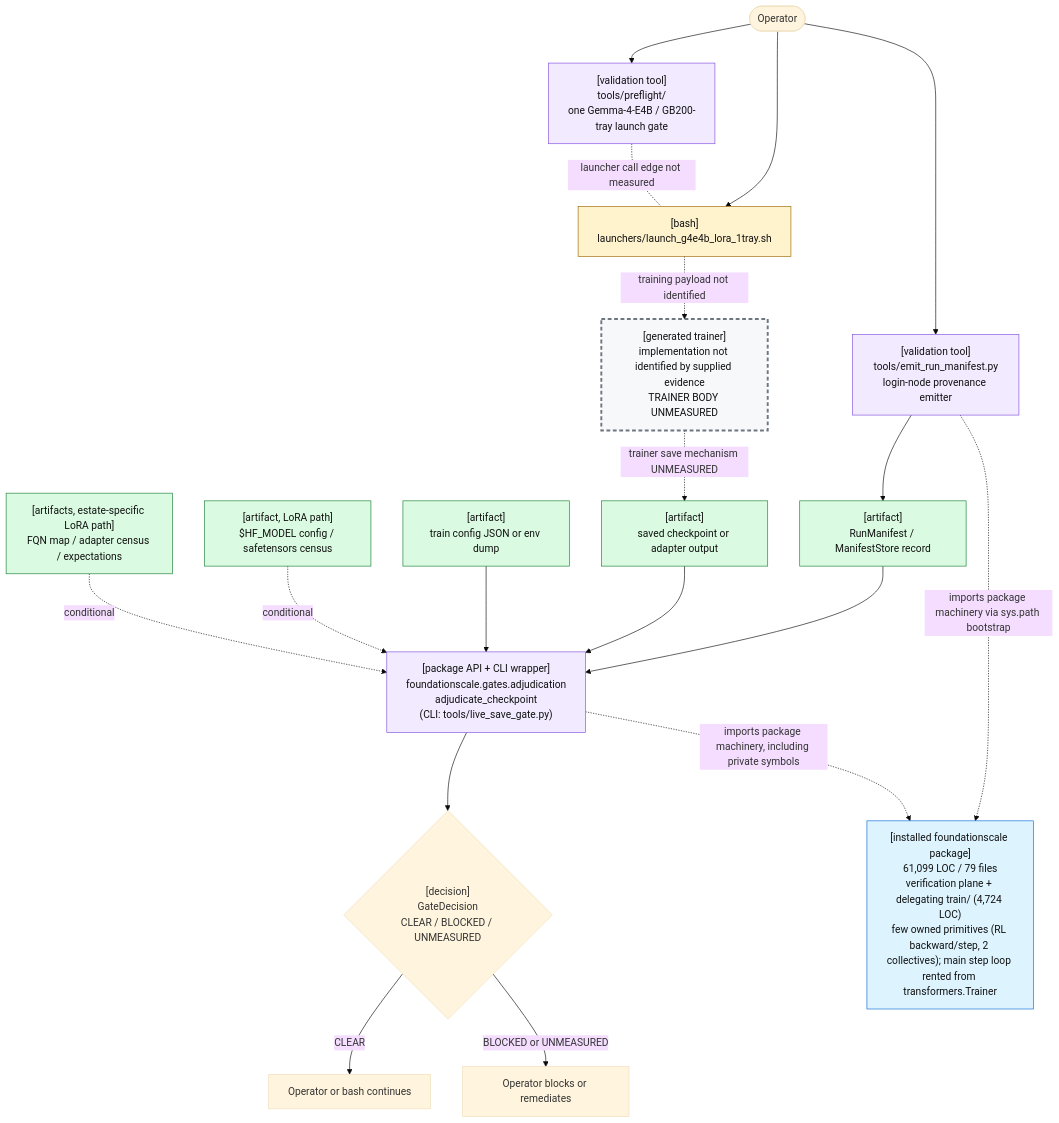
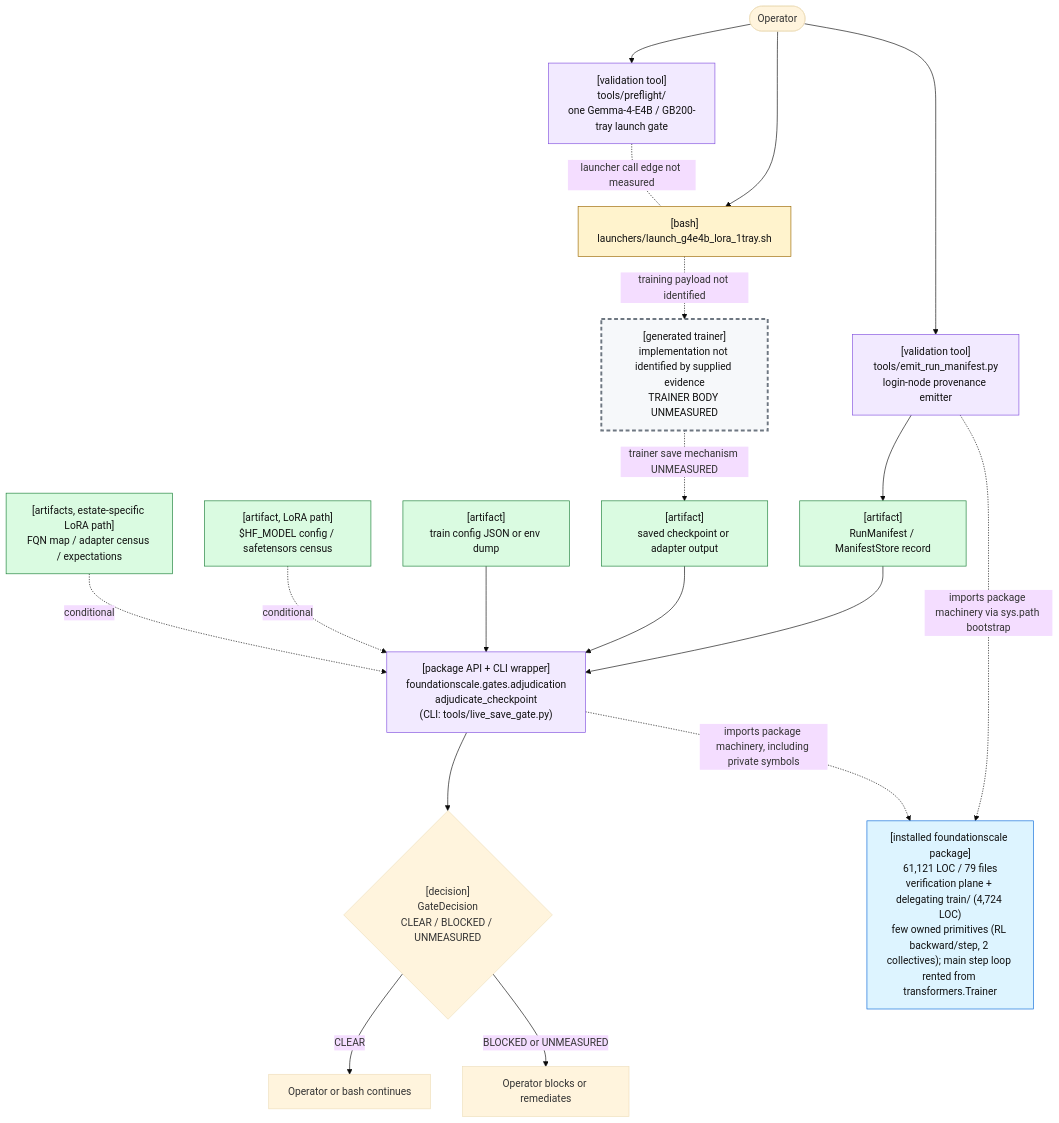
The first of 2 diagrams in docs/review/D2_current_architecture.md (TranNhiem/FoundationScale), drawn with Mermaid (base theme) before and after one commit. The commit also changed other lines of this file and 3 other files, not shown here.

````diff
--- a/docs/review/D2_current_architecture.md
+++ b/docs/review/D2_current_architecture.md
@@ -25,59 +25,59 @@
 ```mermaid
 flowchart TB
   O(["Operator"])
 
   PF["[validation tool]<br/>tools/preflight/<br/>one Gemma-4-E4B / GB200-tray launch gate"]
   L["[bash]<br/>launchers/launch_g4e4b_lora_1tray.sh"]
 
   E["[validation tool]<br/>tools/emit_run_manifest.py<br/>login-node provenance emitter"]
   M["[artifact]<br/>RunManifest / ManifestStore record"]
 
   T["[generated trainer]<br/>implementation not identified by supplied evidence<br/>TRAINER BODY UNMEASURED"]
   C["[artifact]<br/>saved checkpoint or adapter output"]
 
   G["[package API + CLI wrapper]<br/>foundationscale.gates.adjudication<br/>adjudicate_checkpoint<br/>(CLI: tools/live_save_gate.py)"]
   CFG["[artifact]<br/>train config JSON or env dump"]
   BASE["[artifact, LoRA path]<br/>$HF_MODEL config / safetensors census"]
   CEN["[artifacts, estate-specific LoRA path]<br/>FQN map / adapter census / expectations"]
 
   D{"[decision]<br/>GateDecision<br/>CLEAR / BLOCKED / UNMEASURED"}
   OK["Operator or bash continues"]
   NO["Operator blocks or remediates"]
 
-  PKG["[installed foundationscale package]<br/>61,099 LOC / 79 files<br/>verification plane + delegating train/ (4,724 LOC)<br/>few owned primitives (RL backward/step, 2 collectives); main step loop rented from transformers.Trainer"]
+  PKG["[installed foundationscale package]<br/>61,121 LOC / 79 files<br/>verification plane + delegating train/ (4,724 LOC)<br/>few owned primitives (RL backward/step, 2 collectives); main step loop rented from transformers.Trainer"]
 
   O --> PF
   O --> L
   PF -. "launcher call edge not measured" .- L
 
   O --> E
   E --> M
 
   L -. "training payload not identified" .-> T
   T -. "trainer save mechanism UNMEASURED" .-> C
 
   M --> G
   C --> G
   CFG --> G
   BASE -. "conditional" .-> G
   CEN -. "conditional" .-> G
 
   E -. "imports package machinery via sys.path bootstrap" .-> PKG
   G -. "imports package machinery, including private symbols" .-> PKG
 
   G --> D
   D -->|"CLEAR"| OK
   D -->|"BLOCKED or UNMEASURED"| NO
 
   classDef bash fill:#fff3cd,stroke:#9a6700,color:#111;
   classDef tool fill:#f2eaff,stroke:#8250df,color:#111;
   classDef artifact fill:#dafbe1,stroke:#1a7f37,color:#111;
   classDef gap fill:#f6f8fa,stroke:#6e7781,stroke-width:3px,stroke-dasharray: 6 4,color:#111;
   classDef pkg fill:#ddf4ff,stroke:#0969da,color:#111;
 
   class L bash;
   class PF,E,G tool;
   class M,C,CFG,BASE,CEN artifact;
   class T gap;
   class PKG pkg;
 ```
````
